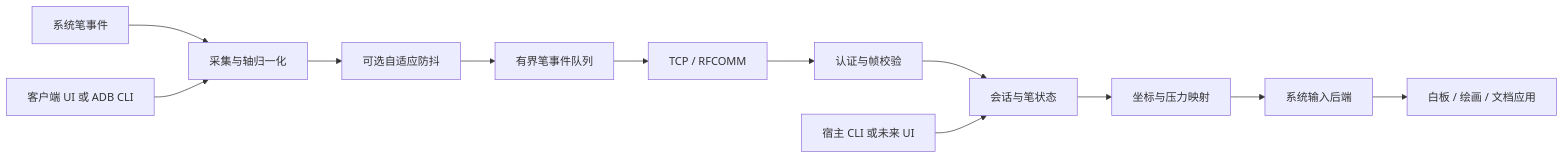
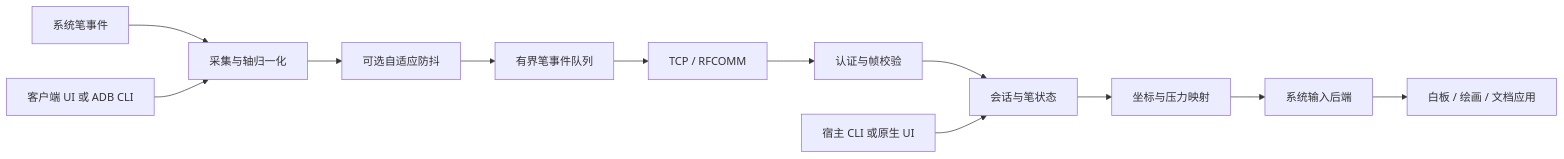
The diagram in docs/architecture.md (Linloir/Reflection), drawn with Mermaid before and after one commit. The commit also changed other lines of this file and 62 other files, not shown here.

````diff
--- a/docs/architecture.md
+++ b/docs/architecture.md
@@ -8,14 +8,14 @@
 ```mermaid
 flowchart LR
   A[系统笔事件] --> B[采集与轴归一化]
   B --> S[可选自适应防抖]
   S --> C[有界笔事件队列]
   C --> D[TCP / RFCOMM]
   D --> E[认证与帧校验]
   E --> F[会话与笔状态]
   F --> G[坐标与压力映射]
   G --> H[系统输入后端]
   H --> I[白板 / 绘画 / 文档应用]
   U[客户端 UI 或 ADB CLI] --> B
-  V[宿主 CLI 或未来 UI] --> F
+  V[宿主 CLI 或原生 UI] --> F
 ```
````
